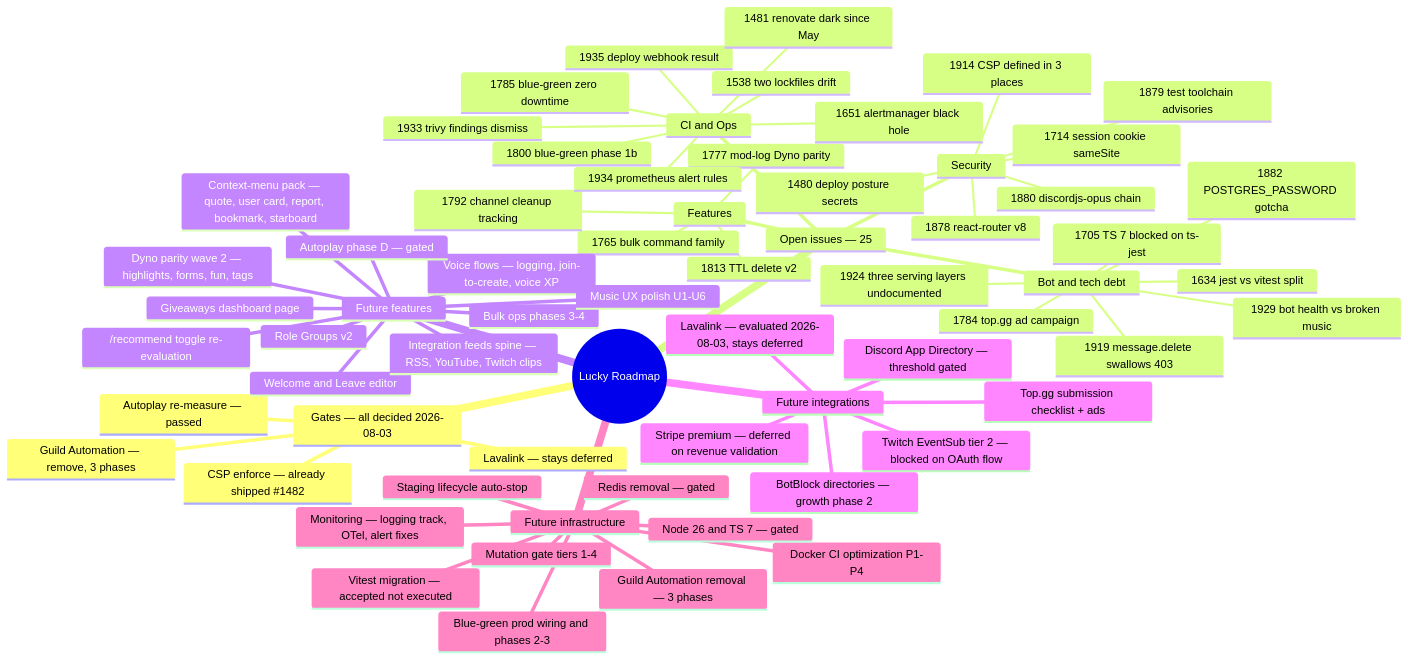
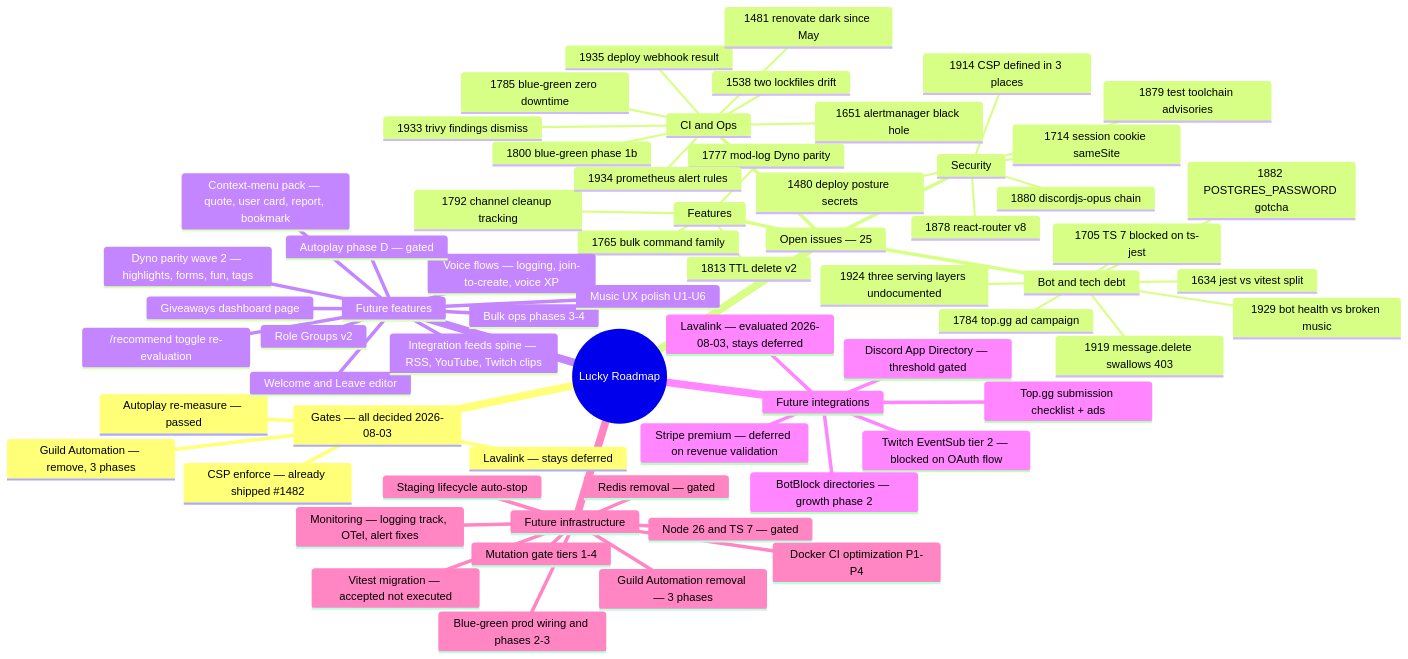
One commit to LucasSantana-Dev/Lucky changed the first of 2 diagrams in docs/roadmap.md. Above: the diagram before and after it, drawn with Mermaid. The commit also changed other lines of this file and 67 other files, not shown here.

````diff
--- a/docs/roadmap.md
+++ b/docs/roadmap.md
@@ -8,68 +8,68 @@
 ```mermaid
 mindmap
   root((Lucky Roadmap))
     Gates — all decided 2026-08-03
       CSP enforce — already shipped #1482
       Guild Automation — remove, 3 phases
       Autoplay re-measure — passed
       Lavalink — stays deferred
     Open issues — 25
       Features
         1777 mod-log Dyno parity
         1765 bulk command family
         1813 TTL delete v2
         1792 channel cleanup tracking
       CI and Ops
         1935 deploy webhook result
         1934 prometheus alert rules
         1933 trivy findings dismiss
         1800 blue-green phase 1b
         1785 blue-green zero downtime
         1651 alertmanager black hole
         1481 renovate dark since May
         1538 two lockfiles drift
       Security
         1480 deploy posture secrets
         1880 discordjs-opus chain
         1878 react-router v8
         1879 test toolchain advisories
         1914 CSP defined in 3 places
         1714 session cookie sameSite
       Bot and tech debt
         1929 bot health vs broken music
         1919 message.delete swallows 403
         1634 jest vs vitest split
         1705 TS 7 blocked on ts-jest
         1924 three serving layers undocumented
         1882 POSTGRES_PASSWORD gotcha
         1784 top.gg ad campaign
     Future features
-      Context-menu pack — quote, user card, report, bookmark, starboard
+      Context-menu pack — quote, user card, report, bookmark
       Welcome and Leave editor
       Giveaways dashboard page
       Integration feeds spine — RSS, YouTube, Twitch clips
       Voice flows — logging, join-to-create, voice XP
       Dyno parity wave 2 — highlights, forms, fun, tags
       Bulk ops phases 3-4
       Role Groups v2
       Music UX polish U1-U6
       /recommend toggle re-evaluation
       Autoplay phase D — gated
     Future integrations
       Twitch EventSub tier 2 — blocked on OAuth flow
       Stripe premium — deferred on revenue validation
       Lavalink — evaluated 2026-08-03, stays deferred
       BotBlock directories — growth phase 2
       Discord App Directory — threshold gated
       Top.gg submission checklist + ads
     Future infrastructure
       Blue-green prod wiring and phases 2-3
       Docker CI optimization P1-P4
       Vitest migration — accepted not executed
       Monitoring — logging track, OTel, alert fixes
       Staging lifecycle auto-stop
       Mutation gate tiers 1-4
       Node 26 and TS 7 — gated
       Redis removal — gated
       Guild Automation removal — 3 phases
 ```
````
